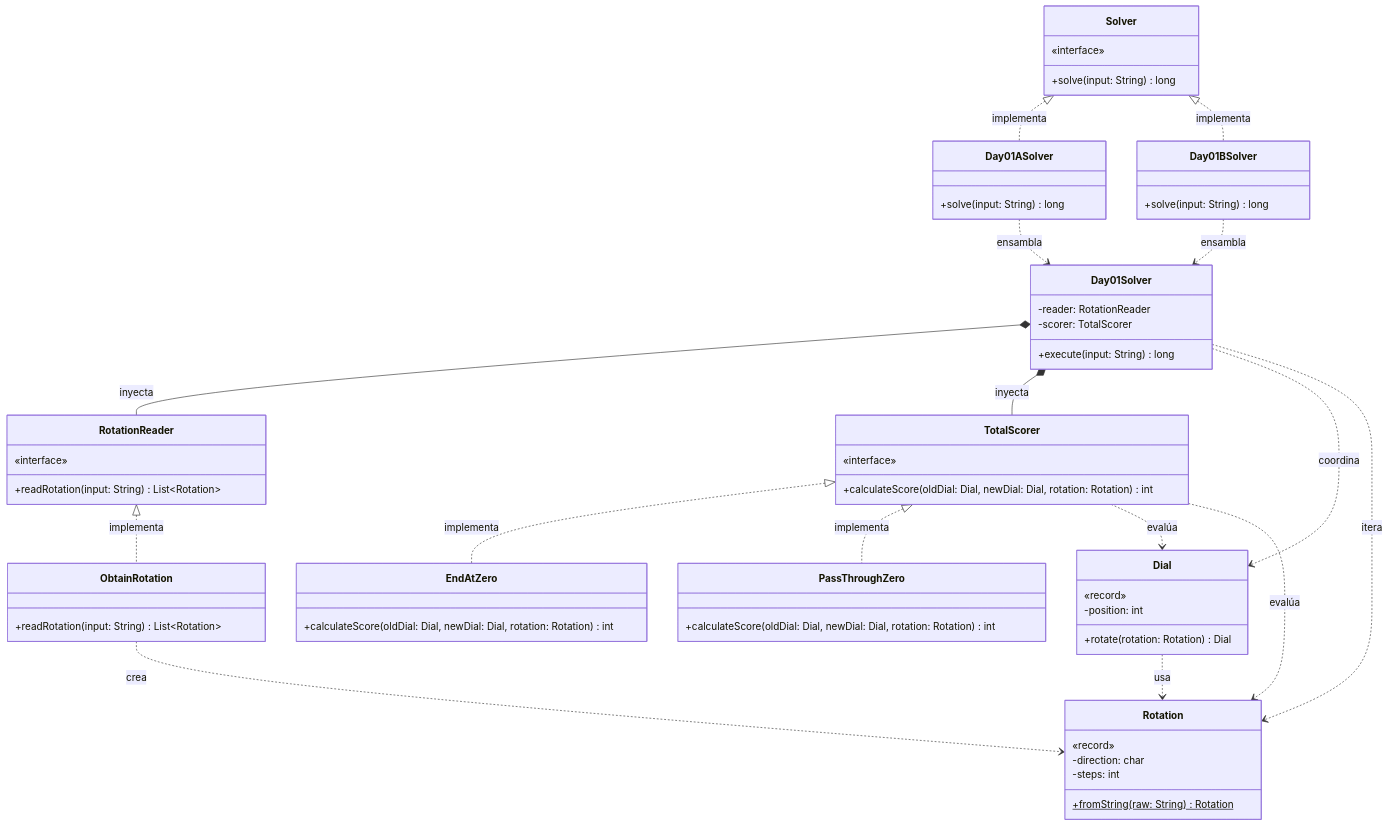
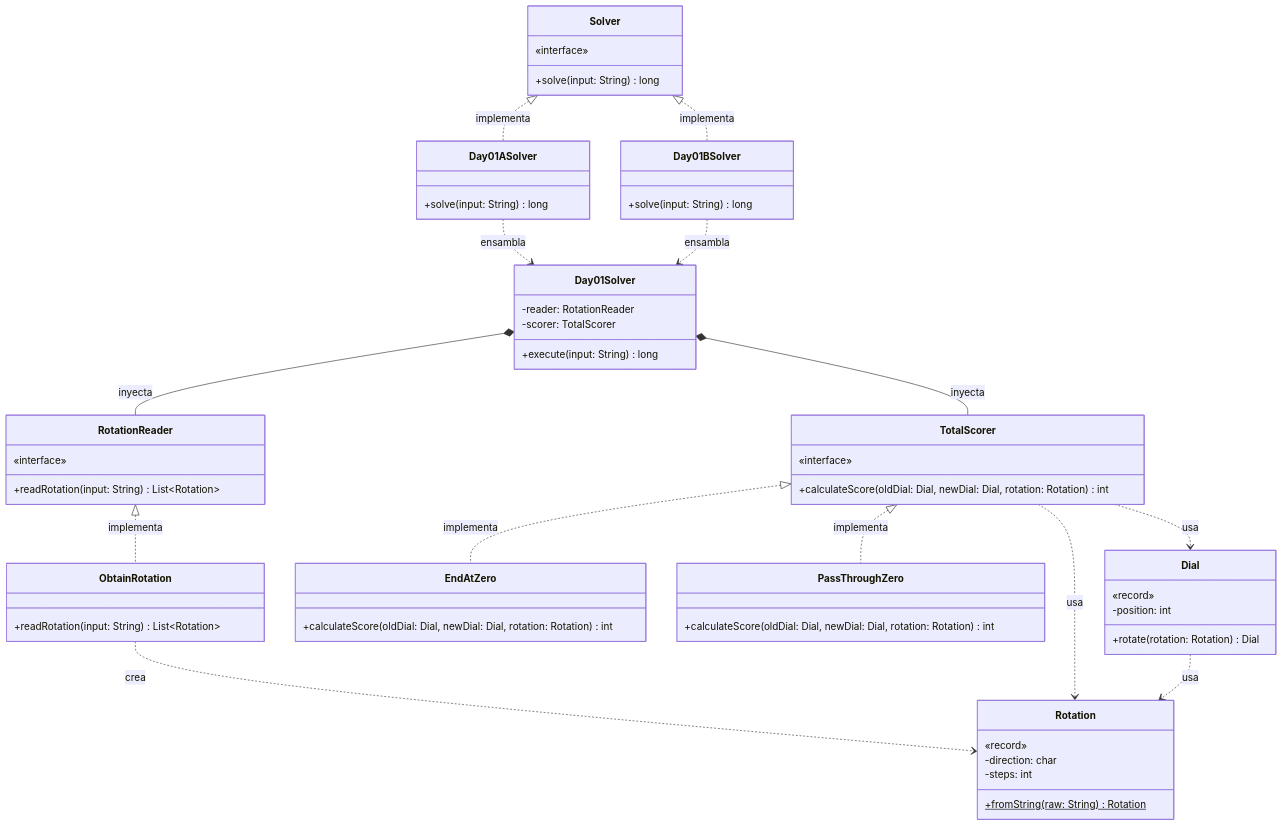
Before and after one commit to ivanperezdiaz829/AoC2025: the diagram in src/main/java/software/aoc/day01/README.md, drawn with Mermaid.

Commit message:
fix(README): Relations modified

````diff
--- a/src/main/java/software/aoc/day01/README.md
+++ b/src/main/java/software/aoc/day01/README.md
@@ -37,77 +37,75 @@
 ```mermaid
 classDiagram
   class Solver {
     «interface»
     +solve(input: String) long
   }
 
   class Day01ASolver {
     +solve(input: String) long
   }
 
   class Day01BSolver {
     +solve(input: String) long
   }
 
   class Day01Solver {
     -reader: RotationReader
     -scorer: TotalScorer
     +execute(input: String) long
   }
 
   class Rotation {
     «record»
     -direction: char
     -steps: int
     +fromString(raw: String)$ Rotation
   }
 
   class RotationReader {
     «interface»
     +readRotation(input: String) List~Rotation~
   }
 
   class ObtainRotation {
     +readRotation(input: String) List~Rotation~
   }
 
   class TotalScorer {
     «interface»
     +calculateScore(oldDial: Dial, newDial: Dial, rotation: Rotation) int
   }
 
   class EndAtZero {
     +calculateScore(oldDial: Dial, newDial: Dial, rotation: Rotation) int
   }
 
   class PassThroughZero {
     +calculateScore(oldDial: Dial, newDial: Dial, rotation: Rotation) int
   }
 
   class Dial {
     «record»
     -position: int
     +rotate(rotation: Rotation) Dial
   }
 
 %% Relaciones de Implementación
   Solver <|.. Day01ASolver : implementa
   Solver <|.. Day01BSolver : implementa
   RotationReader <|.. ObtainRotation : implementa
   TotalScorer <|.. EndAtZero : implementa
   TotalScorer <|.. PassThroughZero : implementa
 
 %% Relaciones de Orquestación e Inyección
   Day01ASolver ..> Day01Solver : ensambla
   Day01BSolver ..> Day01Solver : ensambla
   Day01Solver *-- RotationReader : inyecta
   Day01Solver *-- TotalScorer : inyecta
 
 %% Dependencias de Dominio (Value Objects e Inmutabilidad)
   ObtainRotation ..> Rotation : crea
-  Day01Solver ..> Dial : coordina
-  Day01Solver ..> Rotation : itera
-  TotalScorer ..> Dial : evalúa
-  TotalScorer ..> Rotation : evalúa
+  TotalScorer ..> Dial : usa
+  TotalScorer ..> Rotation : usa
   Dial ..> Rotation : usa
 ```
````
